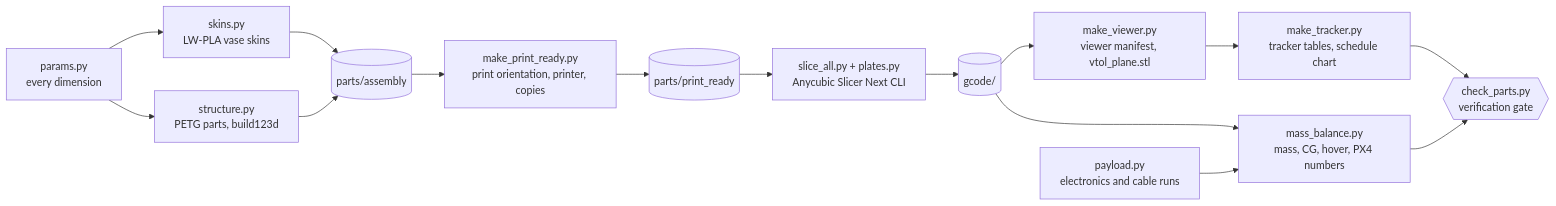
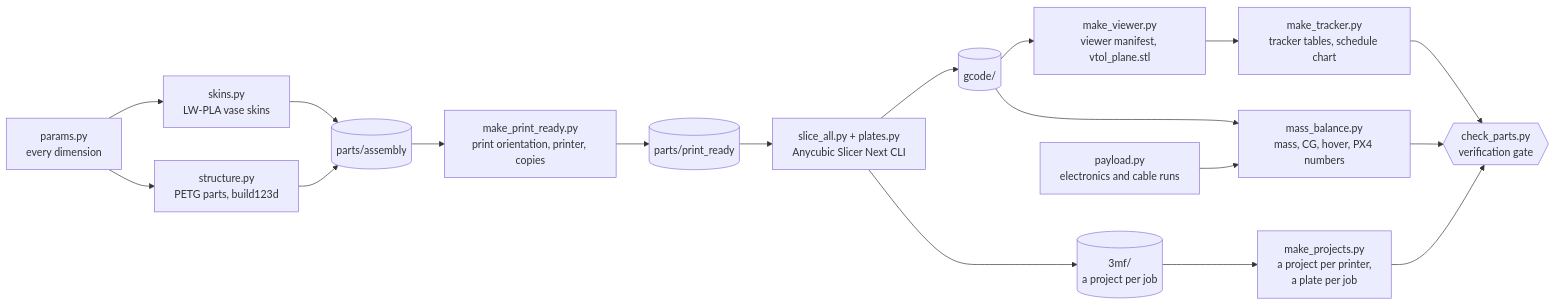
Before and after one commit to AjayaDahal/vtol-plane: the first of 2 diagrams in README.md, drawn with Mermaid. The commit also changed other lines of this file and 148 other files, not shown here.

````diff
--- a/README.md
+++ b/README.md
@@ -133,15 +133,17 @@
 ```mermaid
 flowchart LR
     P["params.py<br/>every dimension"] --> SK["skins.py<br/>LW-PLA vase skins"]
     P --> ST["structure.py<br/>PETG parts, build123d"]
     SK & ST --> AS[("parts/assembly")]
     AS --> PR["make_print_ready.py<br/>print orientation, printer, copies"]
     PR --> PRS[("parts/print_ready")]
     PRS --> SL["slice_all.py + plates.py<br/>Anycubic Slicer Next CLI"]
     SL --> GC[("gcode/")]
+    SL --> TM[("3mf/<br/>a project per job")]
+    TM --> MP["make_projects.py<br/>a project per printer,<br/>a plate per job"]
     GC --> MV["make_viewer.py<br/>viewer manifest, vtol_plane.stl"]
     MV --> MT["make_tracker.py<br/>tracker tables, schedule chart"]
     GC --> MB["mass_balance.py<br/>mass, CG, hover, PX4 numbers"]
     PL["payload.py<br/>electronics and cable runs"] --> MB
-    MT & MB --> G{{"check_parts.py<br/>verification gate"}}
+    MT & MB & MP --> G{{"check_parts.py<br/>verification gate"}}
 ```
````
